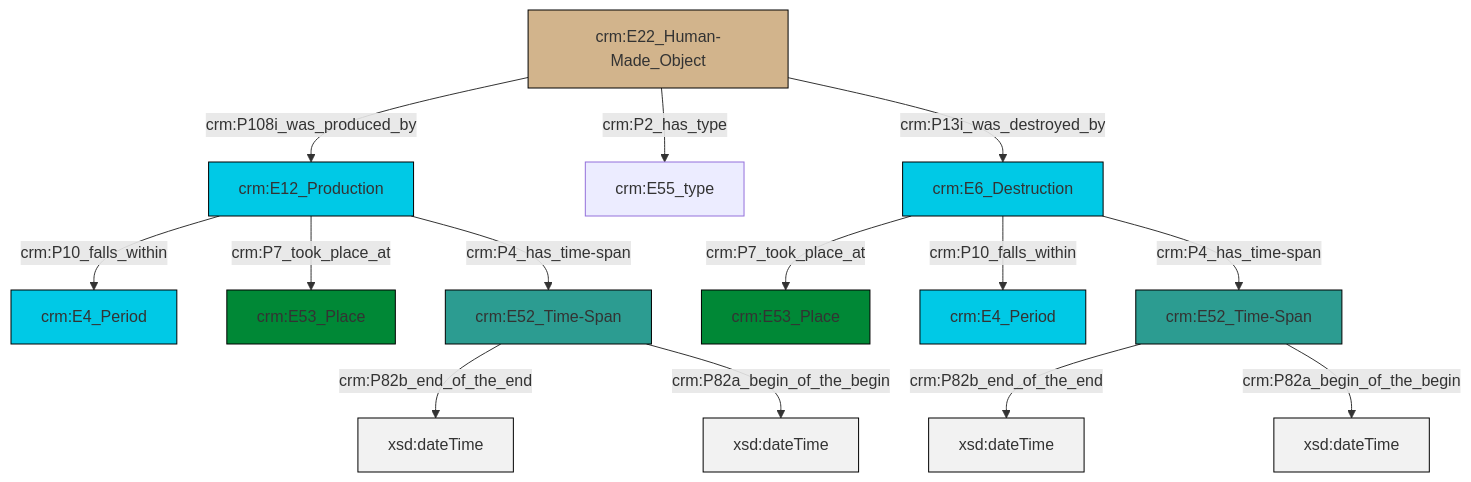
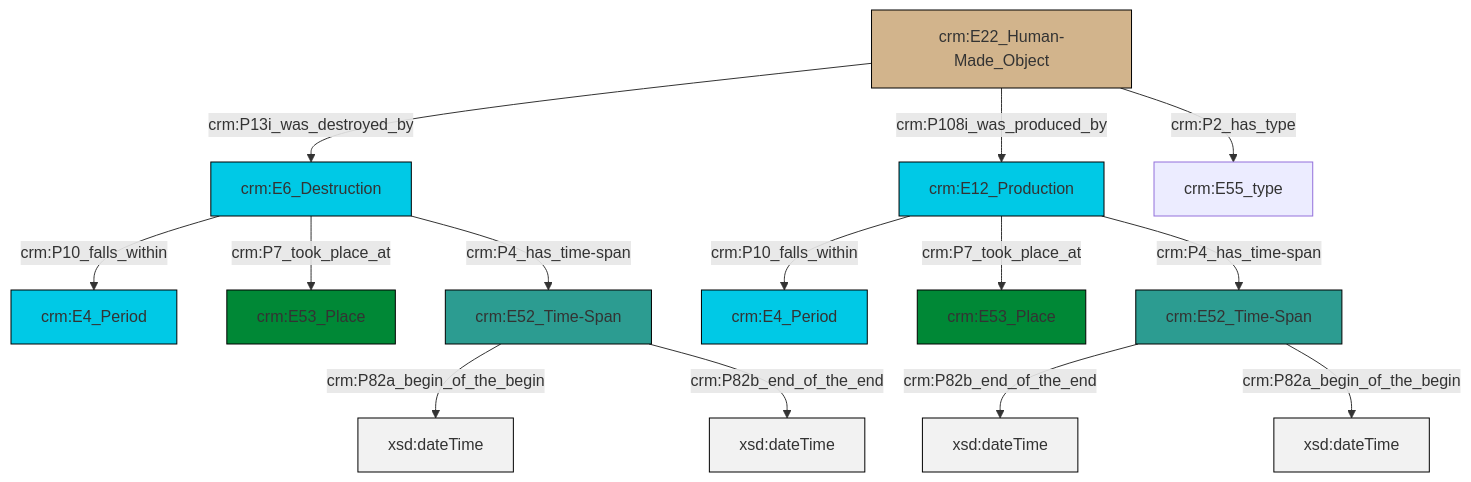
Before and after one commit to swiss-art-research-net/reference-data-models: the diagram in et/builtWorkCSV/ttl/mmd/Built_Work_existence.ttl.mmd, drawn with Mermaid. The commit also changed 127 other files, not shown here.

```diff
--- a/et/builtWorkCSV/ttl/mmd/Built_Work_existence.ttl.mmd
+++ b/et/builtWorkCSV/ttl/mmd/Built_Work_existence.ttl.mmd
@@ -1,28 +1,28 @@
 graph TD
 classDef Literal fill:#f2f2f2,stroke:#000000;
 classDef CRM_Entity fill:#FFFFFF,stroke:#000000;
 classDef Temporal_Entity fill:#00C9E6, stroke:#000000;
 classDef Type fill:#E18312, stroke:#000000;
 classDef Time-Span fill:#2C9C91, stroke:#000000;
 classDef Appellation fill:#FFEB7F, stroke:#000000;
 classDef Place fill:#008836, stroke:#000000;
 classDef Persistent_Item fill:#B266B2, stroke:#000000;
 classDef Conceptual_Object fill:#FFD700, stroke:#000000;
 classDef Physical_Thing fill:#D2B48C, stroke:#000000;
 classDef Actor fill:#f58aad, stroke:#000000;
 classDef PC_Classes fill:#4ce600, stroke:#000000;
 classDef Multi fill:#cccccc,stroke:#000000;
 
-4["crm:E52_Time-Span"]:::Time-Span -->|crm:P82b_end_of_the_end| 5[xsd:dateTime]:::Literal
-6["crm:E22_Human-Made_Object"]:::Physical_Thing -->|crm:P108i_was_produced_by| 7["crm:E12_Production"]:::Temporal_Entity
-6["crm:E22_Human-Made_Object"]:::Physical_Thing -->|crm:P2_has_type| 2["crm:E55_type"]:::Default
-4["crm:E52_Time-Span"]:::Time-Span -->|crm:P82a_begin_of_the_begin| 11[xsd:dateTime]:::Literal
-8["crm:E52_Time-Span"]:::Time-Span -->|crm:P82b_end_of_the_end| 16[xsd:dateTime]:::Literal
-17["crm:E6_Destruction"]:::Temporal_Entity -->|crm:P7_took_place_at| 0["crm:E53_Place"]:::Place
-7["crm:E12_Production"]:::Temporal_Entity -->|crm:P10_falls_within| 14["crm:E4_Period"]:::Temporal_Entity
-7["crm:E12_Production"]:::Temporal_Entity -->|crm:P7_took_place_at| 18["crm:E53_Place"]:::Place
-17["crm:E6_Destruction"]:::Temporal_Entity -->|crm:P10_falls_within| 12["crm:E4_Period"]:::Temporal_Entity
-8["crm:E52_Time-Span"]:::Time-Span -->|crm:P82a_begin_of_the_begin| 20[xsd:dateTime]:::Literal
-6["crm:E22_Human-Made_Object"]:::Physical_Thing -->|crm:P13i_was_destroyed_by| 17["crm:E6_Destruction"]:::Temporal_Entity
-7["crm:E12_Production"]:::Temporal_Entity -->|crm:P4_has_time-span| 4["crm:E52_Time-Span"]:::Time-Span
-17["crm:E6_Destruction"]:::Temporal_Entity -->|crm:P4_has_time-span| 8["crm:E52_Time-Span"]:::Time-Span
+0["crm:E52_Time-Span"]:::Time-Span -->|crm:P82a_begin_of_the_begin| 1[xsd:dateTime]:::Literal
+4["crm:E12_Production"]:::Temporal_Entity -->|crm:P10_falls_within| 5["crm:E4_Period"]:::Temporal_Entity
+0["crm:E52_Time-Span"]:::Time-Span -->|crm:P82b_end_of_the_end| 9[xsd:dateTime]:::Literal
+10["crm:E52_Time-Span"]:::Time-Span -->|crm:P82b_end_of_the_end| 11[xsd:dateTime]:::Literal
+12["crm:E22_Human-Made_Object"]:::Physical_Thing -->|crm:P13i_was_destroyed_by| 7["crm:E6_Destruction"]:::Temporal_Entity
+12["crm:E22_Human-Made_Object"]:::Physical_Thing -->|crm:P108i_was_produced_by| 4["crm:E12_Production"]:::Temporal_Entity
+7["crm:E6_Destruction"]:::Temporal_Entity -->|crm:P10_falls_within| 2["crm:E4_Period"]:::Temporal_Entity
+12["crm:E22_Human-Made_Object"]:::Physical_Thing -->|crm:P2_has_type| 16["crm:E55_type"]:::Default
+10["crm:E52_Time-Span"]:::Time-Span -->|crm:P82a_begin_of_the_begin| 17[xsd:dateTime]:::Literal
+7["crm:E6_Destruction"]:::Temporal_Entity -->|crm:P7_took_place_at| 14["crm:E53_Place"]:::Place
+4["crm:E12_Production"]:::Temporal_Entity -->|crm:P7_took_place_at| 20["crm:E53_Place"]:::Place
+4["crm:E12_Production"]:::Temporal_Entity -->|crm:P4_has_time-span| 10["crm:E52_Time-Span"]:::Time-Span
+7["crm:E6_Destruction"]:::Temporal_Entity -->|crm:P4_has_time-span| 0["crm:E52_Time-Span"]:::Time-Span
```
